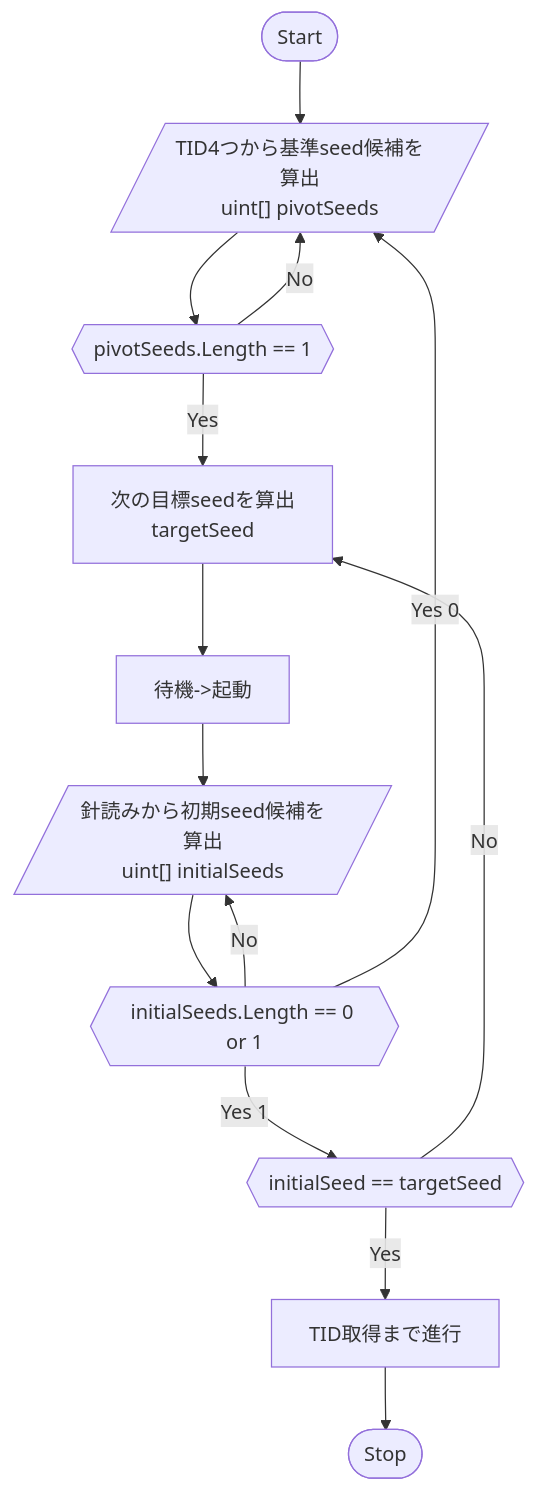
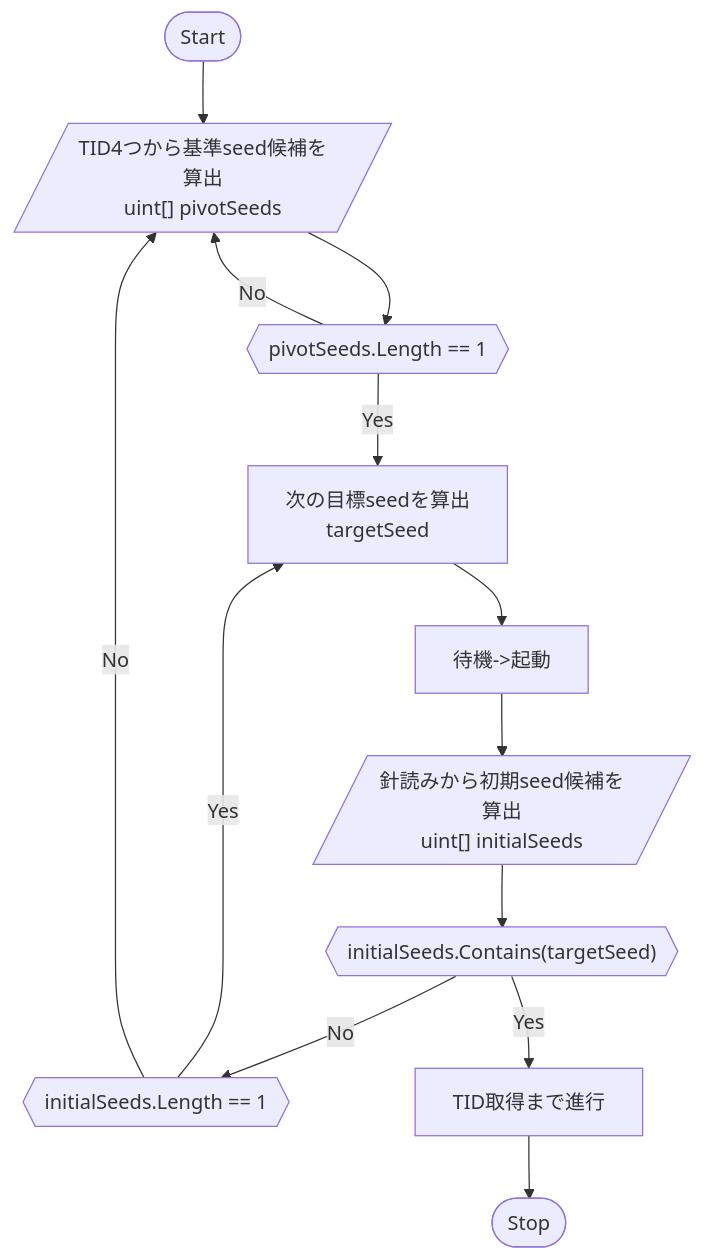
One commit to U-1F992/OrasAutoIDManipulation changed the diagram in OrasAutoIDManipulation/README.md. Above: the diagram before and after it, drawn with Mermaid. The commit also changed 2 other files, not shown here.

Commit message:
Complete

````diff
--- a/OrasAutoIDManipulation/README.md
+++ b/OrasAutoIDManipulation/README.md
@@ -3,28 +3,25 @@
 ```mermaid
 flowchart TB
     start([Start]) -->
 
     get_pivot_seeds_from_tids[/"TID4つから基準seed候補を算出\nuint[] pivotSeeds"/] -->
 
     if_pivot_seeds_length_equals_1{{"pivotSeeds.Length == 1"}} --"No"-->
         get_pivot_seeds_from_tids
     
     if_pivot_seeds_length_equals_1 --"Yes"-->
     get_next_target_seed["次の目標seedを算出\ntargetSeed"] -->
     wait["待機->起動"] -->
     get_initial_seeds_from_hourglass[/"針読みから初期seed候補を算出\nuint[] initialSeeds"/] -->
+    
+    if_initial_seeds_contains_target{{"initialSeeds.Contains(targetSeed)"}} --"No"-->
+        if_initial_seeds_length_equals_1{{"initialSeeds.Length == 1"}} --"Yes"-->
+            get_next_target_seed
+        if_initial_seeds_length_equals_1 --"No"-->
+            get_pivot_seeds_from_tids
 
-    if_initial_seeds_length_equals_1{{"initialSeeds.Length == 0 or 1"}} --"No"-->
-        get_initial_seeds_from_hourglass
-    
-    if_initial_seeds_length_equals_1 --"Yes 0"-->
-        get_pivot_seeds_from_tids
-
-    if_initial_seeds_length_equals_1 --"Yes 1"-->
-    if_initial_seed_equals_target_seed{{"initialSeed == targetSeed"}} --"No"-->
-        get_next_target_seed
-
-    if_initial_seed_equals_target_seed --"Yes"-->
+    if_initial_seeds_contains_target
+    --"Yes"-->
     get_tid["TID取得まで進行"] -->
     stop([Stop])
 ```
````
